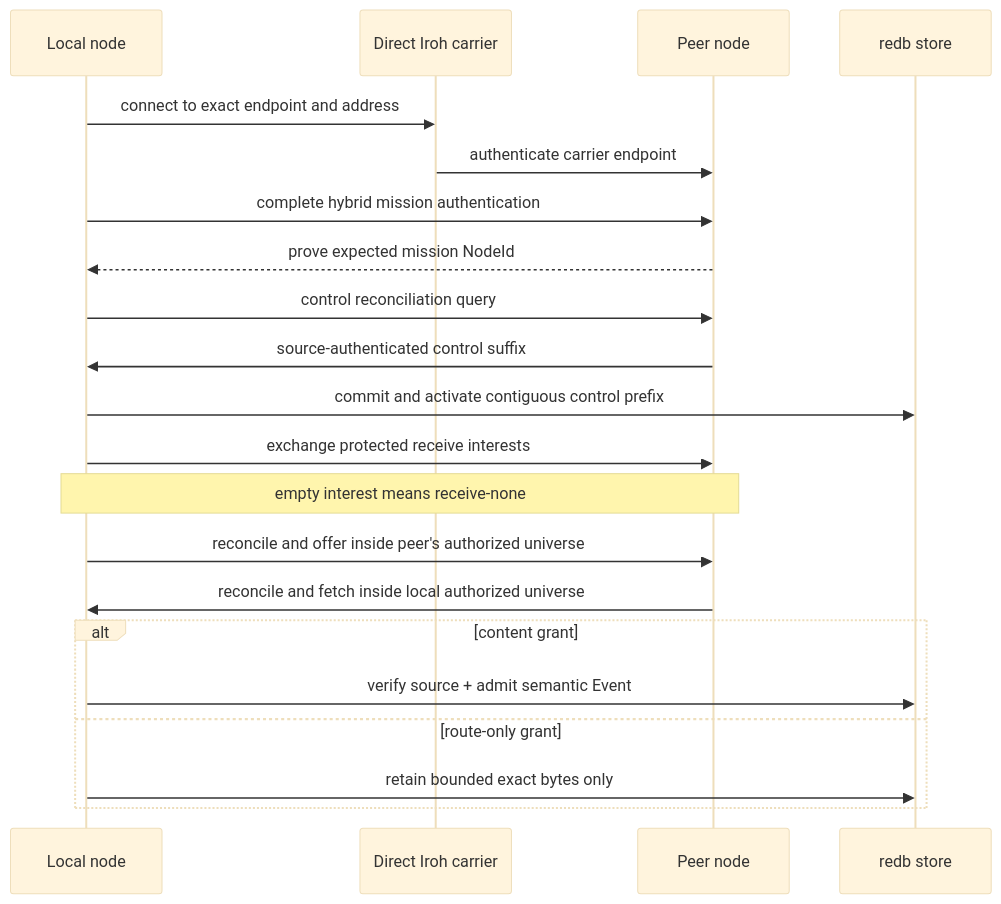
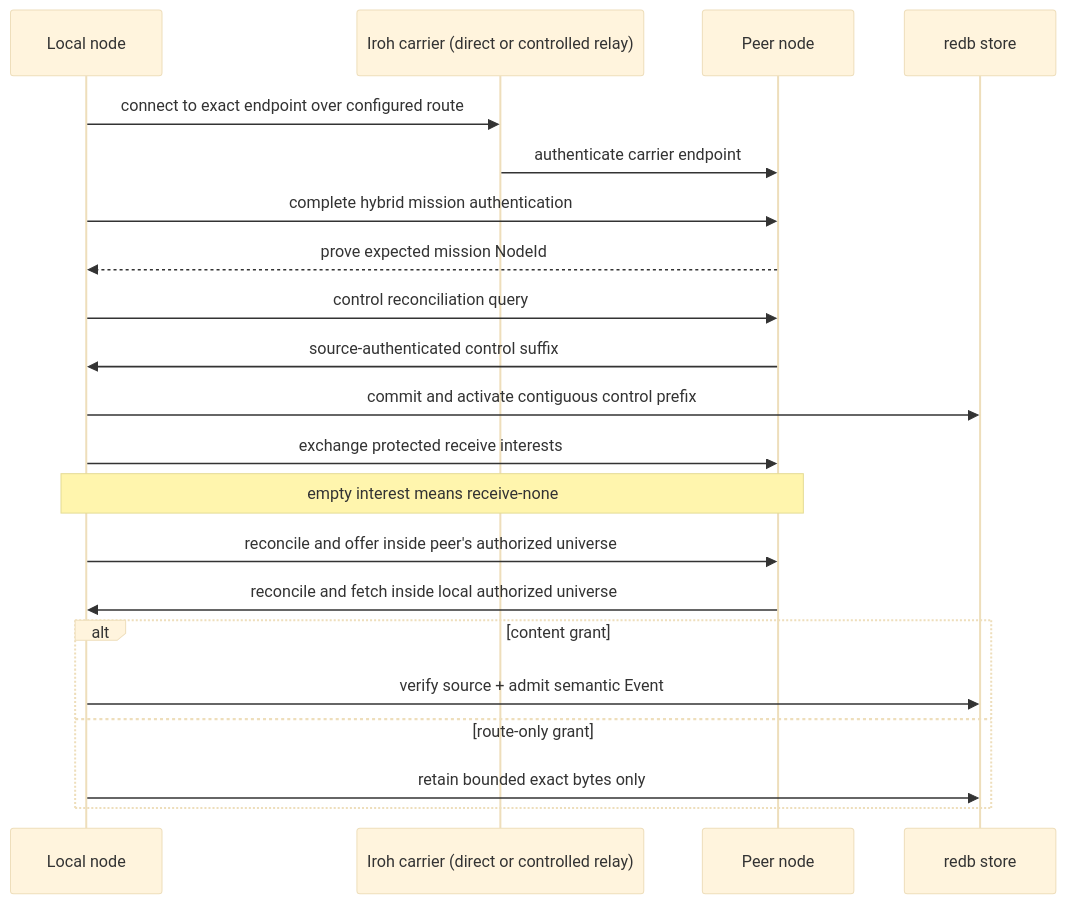
The seventh of 8 diagrams in docs/architecture.md (asirak-astertech/aster), drawn with Mermaid (base theme) before and after one commit. The commit also changed other lines of this file and 28 other files, not shown here.

````diff
--- a/docs/architecture.md
+++ b/docs/architecture.md
@@ -350,24 +365,24 @@
 ```mermaid
 sequenceDiagram
     participant L as Local node
-    participant C as Direct Iroh carrier
+    participant C as Iroh carrier (direct or controlled relay)
     participant P as Peer node
     participant S as redb store
 
-    L->>C: connect to exact endpoint and address
+    L->>C: connect to exact endpoint over configured route
     C->>P: authenticate carrier endpoint
     L->>P: complete hybrid mission authentication
     P-->>L: prove expected mission NodeId
     L->>P: control reconciliation query
     P->>L: source-authenticated control suffix
     L->>S: commit and activate contiguous control prefix
     L->>P: exchange protected receive interests
     Note over L,P: empty interest means receive-none
     L->>P: reconcile and offer inside peer's authorized universe
     P->>L: reconcile and fetch inside local authorized universe
     alt content grant
         L->>S: verify source + admit semantic Event
     else route-only grant
         L->>S: retain bounded exact bytes only
     end
 ```
````
